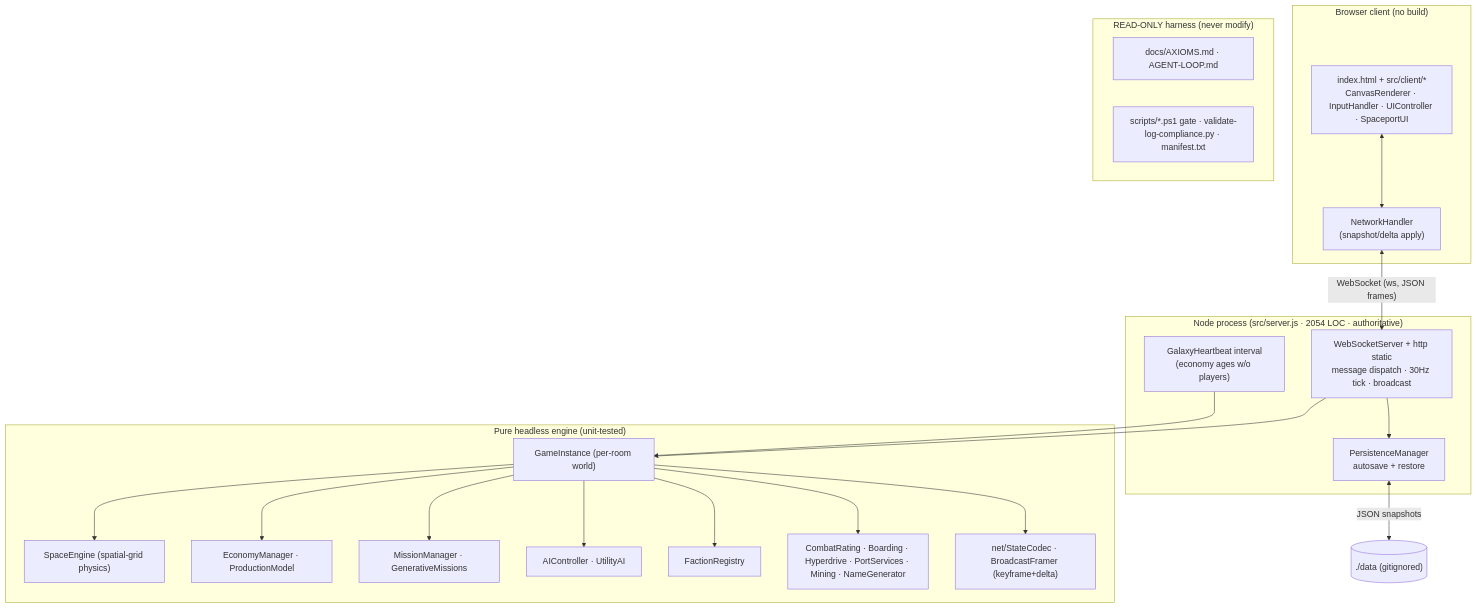
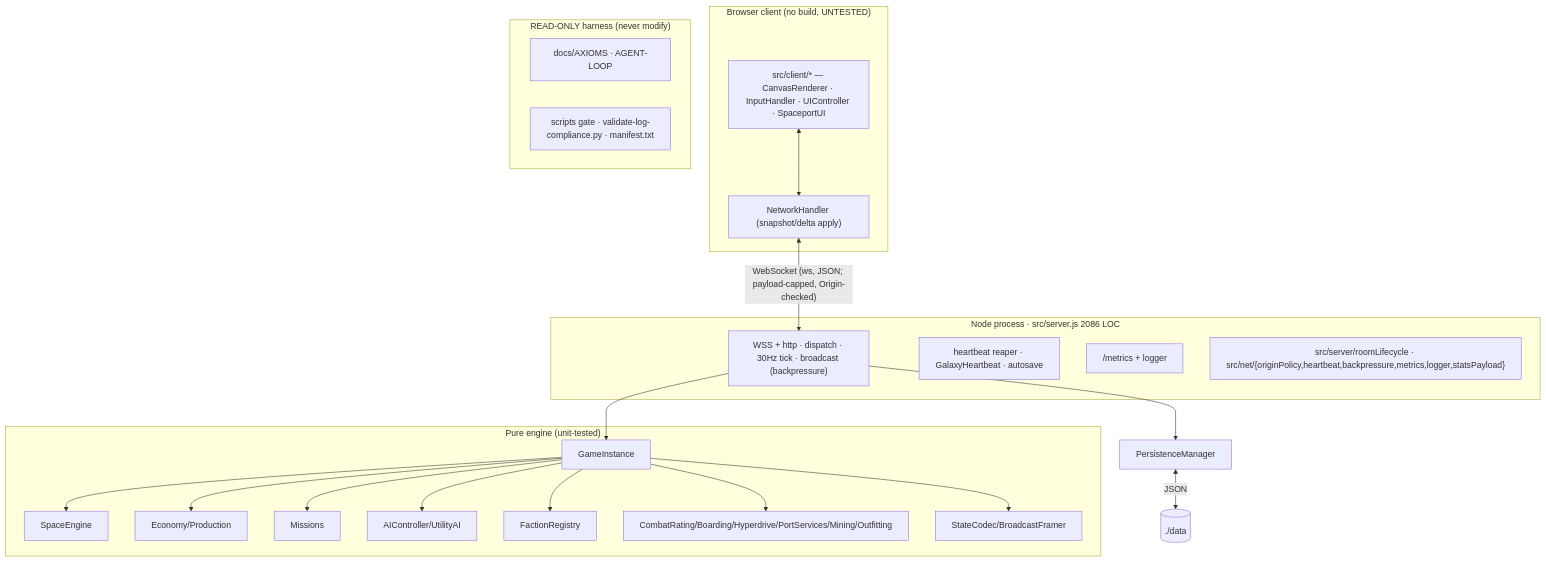
Before and after one commit to michaelcrosato/agy-sandbox: the diagram in plan/ROADMAP.md, drawn with Mermaid. The commit also changed other lines of this file and 8 other files, not shown here.

````diff
--- a/plan/ROADMAP.md
+++ b/plan/ROADMAP.md
@@ -34,37 +36,24 @@
 ```mermaid
 flowchart TD
-  subgraph Browser["Browser client (no build)"]
-    UI["index.html + src/client/*<br/>CanvasRenderer · InputHandler · UIController · SpaceportUI"]
-    NET["NetworkHandler<br/>(snapshot/delta apply)"]
+  subgraph Browser["Browser client (no build, UNTESTED)"]
+    UI["src/client/* — CanvasRenderer · InputHandler · UIController · SpaceportUI"]
+    NET["NetworkHandler (snapshot/delta apply)"]
     UI <--> NET
   end
-
-  NET <-->|"WebSocket (ws, JSON frames)"| SRV
-
-  subgraph Node["Node process (src/server.js · 2054 LOC · authoritative)"]
-    SRV["WebSocketServer + http static<br/>message dispatch · 30Hz tick · broadcast"]
-    HB["GalaxyHeartbeat interval<br/>(economy ages w/o players)"]
-    PM["PersistenceManager<br/>autosave + restore"]
+  NET <-->|"WebSocket (ws, JSON; payload-capped, Origin-checked)"| SRV
+  subgraph Node["Node process · src/server.js 2086 LOC"]
+    SRV["WSS + http · dispatch · 30Hz tick · broadcast (backpressure)"]
+    HB["heartbeat reaper · GalaxyHeartbeat · autosave"]
+    OBS["/metrics + logger"]
+    EXT["src/server/roomLifecycle · src/net/{originPolicy,heartbeat,backpressure,metrics,logger,statsPayload}"]
   end
-
   SRV --> ENG
-  HB --> ENG
-  SRV --> PM
-  PM <-->|JSON snapshots| DISK[("./data (gitignored)")]
-
-  subgraph Engine["Pure headless engine (unit-tested)"]
-    ENG["GameInstance (per-room world)"]
-    ENG --> SE["SpaceEngine (spatial-grid physics)"]
-    ENG --> ECON["EconomyManager · ProductionModel"]
-    ENG --> MIS["MissionManager · GenerativeMissions"]
-    ENG --> AI["AIController · UtilityAI"]
-    ENG --> FAC["FactionRegistry"]
-    ENG --> NEW["CombatRating · Boarding · Hyperdrive · PortServices · Mining · NameGenerator"]
-    ENG --> CODEC["net/StateCodec · BroadcastFramer (keyframe+delta)"]
+  SRV --> PM["PersistenceManager"]
+  PM <-->|JSON| DISK[("./data")]
+  subgraph Engine["Pure engine (unit-tested)"]
+    ENG["GameInstance"] --> SE["SpaceEngine"] & ECON["Economy/Production"] & MIS["Missions"] & AI["AIController/UtilityAI"] & FAC["FactionRegistry"] & CR["CombatRating/Boarding/Hyperdrive/PortServices/Mining/Outfitting"] & CODEC["StateCodec/BroadcastFramer"]
   end
-
   subgraph Substrate["READ-ONLY harness (never modify)"]
-    AX["docs/AXIOMS.md · AGENT-LOOP.md"]
-    GATE["scripts/*.ps1 gate · validate-log-compliance.py · manifest.txt"]
+    AX["docs/AXIOMS · AGENT-LOOP"]; GATE["scripts gate · validate-log-compliance.py · manifest.txt"]
   end
 ```
````
